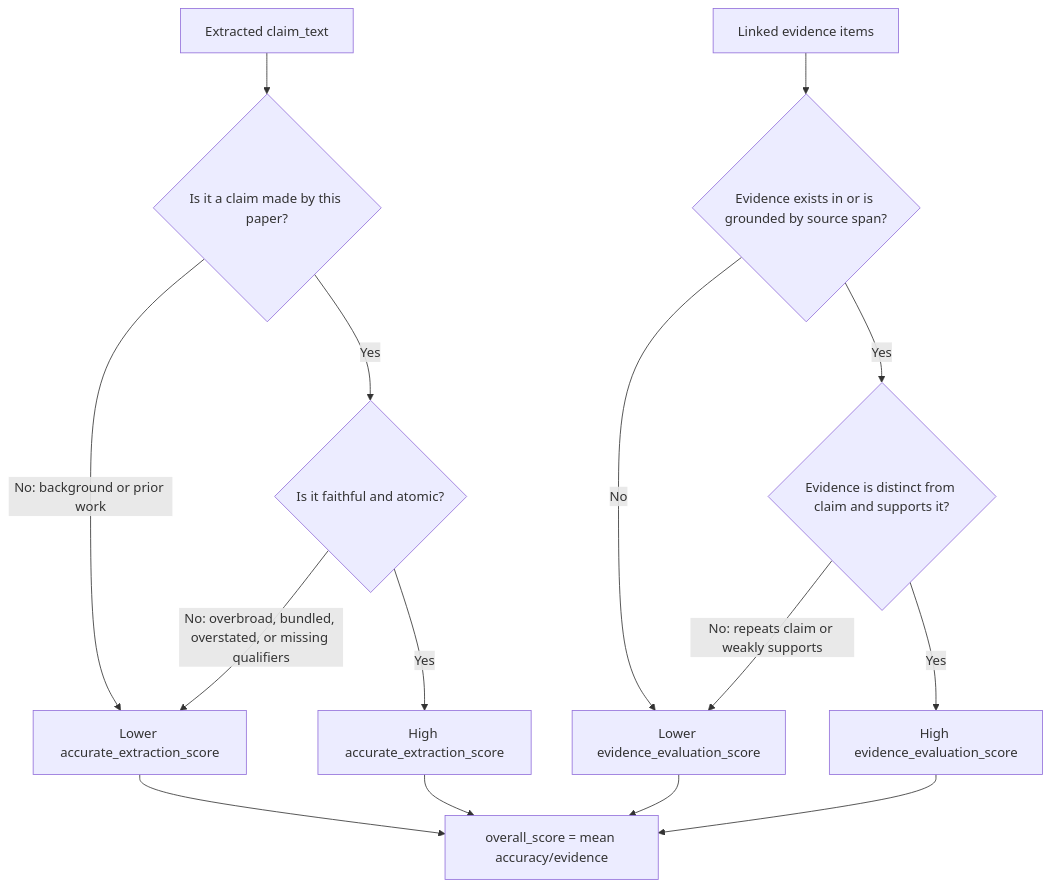
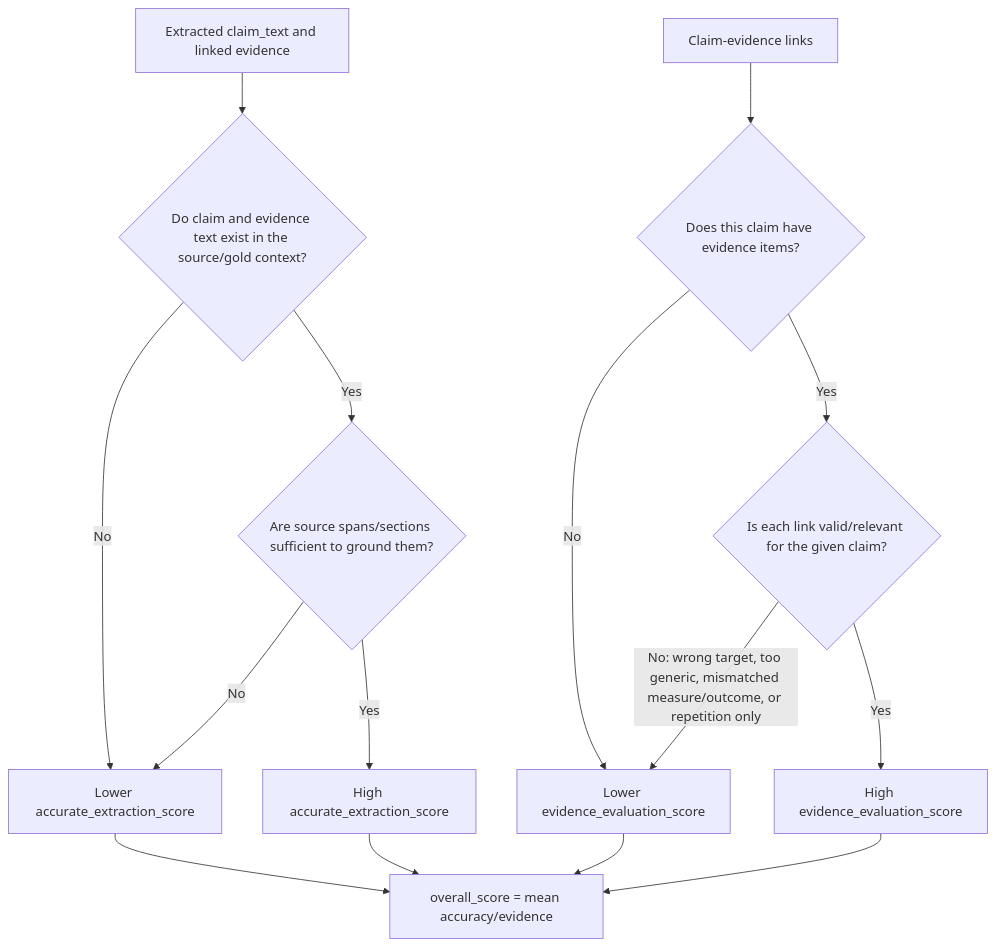
The third of 4 diagrams in validator/v0/JUDGE_V2_AUDIT_SYSTEM.md (DeSciClaims/Claims), drawn with Mermaid before and after one commit. The commit also changed other lines of this file and 8 other files, not shown here.

Commit message:
Align validator scoring with source existence and link validity

````diff
--- a/validator/v0/JUDGE_V2_AUDIT_SYSTEM.md
+++ b/validator/v0/JUDGE_V2_AUDIT_SYSTEM.md
@@ -64,19 +64,19 @@
 ```mermaid
 flowchart TD
-  A[Extracted claim_text] --> B{Is it a claim made by this paper?}
-  B -->|No: background or prior work| C[Lower accurate_extraction_score]
-  B -->|Yes| D{Is it faithful and atomic?}
-  D -->|No: overbroad, bundled, overstated, or missing qualifiers| C
+  A[Extracted claim_text and linked evidence] --> B{Do claim and evidence text exist in the source/gold context?}
+  B -->|No| C[Lower accurate_extraction_score]
+  B -->|Yes| D{Are source spans/sections sufficient to ground them?}
+  D -->|No| C
   D -->|Yes| E[High accurate_extraction_score]
 
-  F[Linked evidence items] --> G{Evidence exists in or is grounded by source span?}
+  F[Claim-evidence links] --> G{Does this claim have evidence items?}
   G -->|No| H[Lower evidence_evaluation_score]
-  G -->|Yes| I{Evidence is distinct from claim and supports it?}
-  I -->|No: repeats claim or weakly supports| H
+  G -->|Yes| I{Is each link valid/relevant for the given claim?}
+  I -->|No: wrong target, too generic, mismatched measure/outcome, or repetition only| H
   I -->|Yes| J[High evidence_evaluation_score]
 
   C --> K[overall_score = mean accuracy/evidence]
   E --> K
   H --> K
   J --> K
 ```
````
